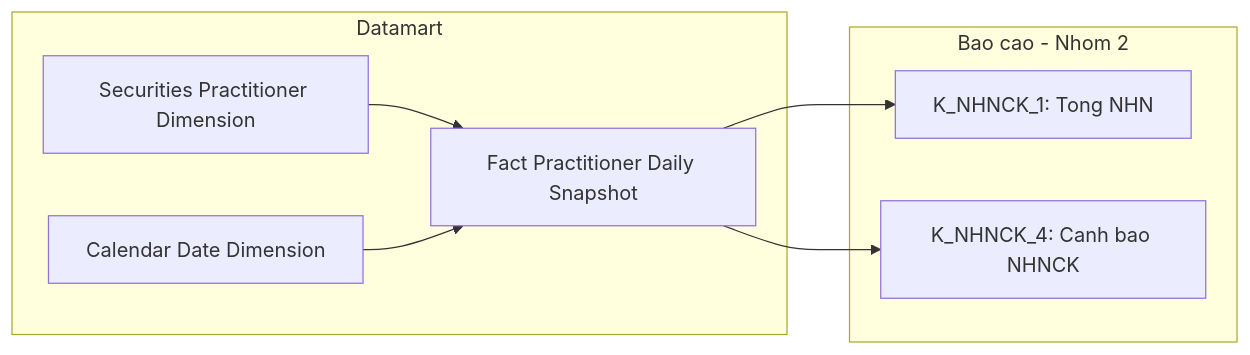
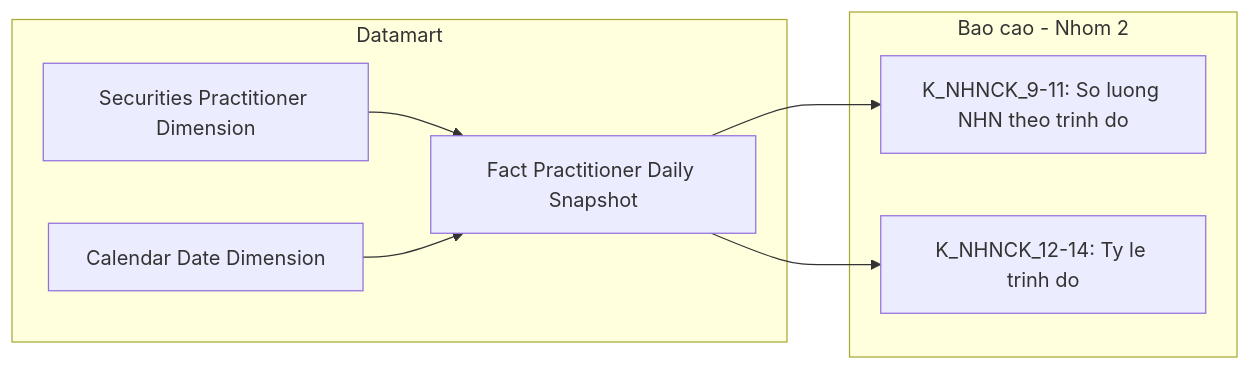
Before and after one commit to linhlvit/ubck_atomic_design: diagram 17 of 40 in Datamart/hld/DTM_NHNCK_HLD.md, drawn with Mermaid. The commit also changed other lines of this file and 25 other files, not shown here.

````diff
--- a/Datamart/hld/DTM_NHNCK_HLD.md
+++ b/Datamart/hld/DTM_NHNCK_HLD.md
@@ -437,16 +682,16 @@
 ```mermaid
 flowchart LR
     subgraph Datamart["Datamart"]
         G1["Fact Practitioner Daily Snapshot"]
         G2["Securities Practitioner Dimension"]
         G3["Calendar Date Dimension"]
     end
     subgraph RPT["Bao cao - Nhom 2"]
-        R1["K_NHNCK_1: Tong NHN"]
-        R2["K_NHNCK_4: Canh bao NHNCK"]
+        R1["K_NHNCK_9-11: So luong NHN theo trinh do"]
+        R2["K_NHNCK_12-14: Ty le trinh do"]
     end
     G1 --> R1
     G1 --> R2
     G2 --> G1
     G3 --> G1
 ```
````
